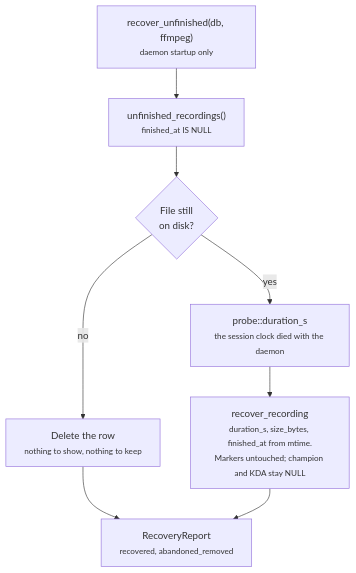
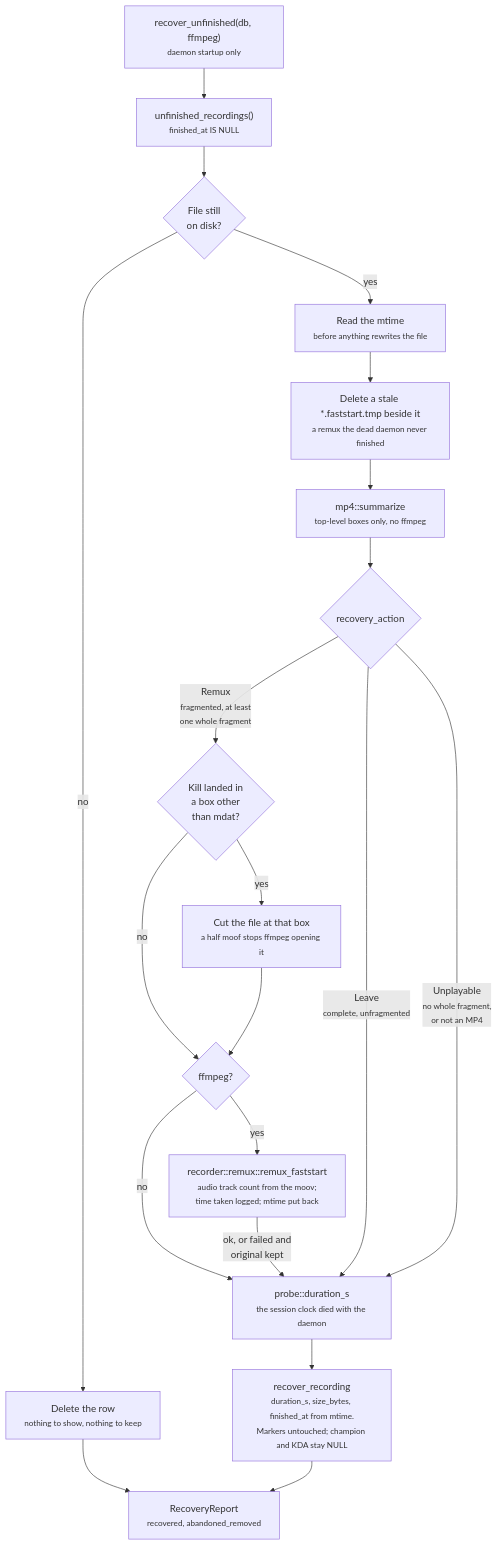
The third of 5 diagrams in docs/data-model.md (NinjaGoldfinch/ninja-recorder), drawn with Mermaid before and after one commit. The commit also changed other lines of this file and 10 other files, not shown here.

First line of the commit message:
feat(recovery): remux what startup recovery finds, through a shared faststart remux (#245)

````diff
--- a/docs/data-model.md
+++ b/docs/data-model.md
@@ -509,10 +521,23 @@
 ```mermaid
 flowchart TB
     START["recover_unfinished(db, ffmpeg)<br/><small>daemon startup only</small>"] --> OPEN["unfinished_recordings()<br/><small>finished_at IS NULL</small>"]
     OPEN --> C0{"File still<br/>on disk?"}
     C0 -->|"no"| DROP0["Delete the row<br/><small>nothing to show, nothing to keep</small>"]
-    C0 -->|"yes"| PROBE0["probe::duration_s<br/><small>the session clock died with the daemon</small>"]
+    C0 -->|"yes"| MTIME["Read the mtime<br/><small>before anything rewrites the file</small>"]
+    MTIME --> STALE["Delete a stale *.faststart.tmp beside it<br/><small>a remux the dead daemon never finished</small>"]
+    STALE --> READ["mp4::summarize<br/><small>top-level boxes only, no ffmpeg</small>"]
+    READ --> ACT{"recovery_action"}
+    ACT -->|"Remux<br/><small>fragmented, at least<br/>one whole fragment</small>"| CUT{"Kill landed in<br/>a box other<br/>than mdat?"}
+    CUT -->|"yes"| TRUNC["Cut the file at that box<br/><small>a half moof stops ffmpeg opening it</small>"]
+    CUT -->|"no"| FF{"ffmpeg?"}
+    TRUNC --> FF
+    FF -->|"yes"| REMUX["recorder::remux::remux_faststart<br/><small>audio track count from the moov;<br/>time taken logged; mtime put back</small>"]
+    FF -->|"no"| PROBE0
+    REMUX -->|"ok, or failed and<br/>original kept"| PROBE0
+    ACT -->|"Leave<br/><small>complete, unfragmented</small>"| PROBE0
+    ACT -->|"Unplayable<br/><small>no whole fragment,<br/>or not an MP4</small>"| PROBE0
+    PROBE0["probe::duration_s<br/><small>the session clock died with the daemon</small>"]
     PROBE0 --> FIN["recover_recording<br/><small>duration_s, size_bytes, finished_at from mtime.<br/>Markers untouched; champion and KDA stay NULL</small>"]
     DROP0 --> REP0["RecoveryReport<br/><small>recovered, abandoned_removed</small>"]
     FIN --> REP0
 ```
````
